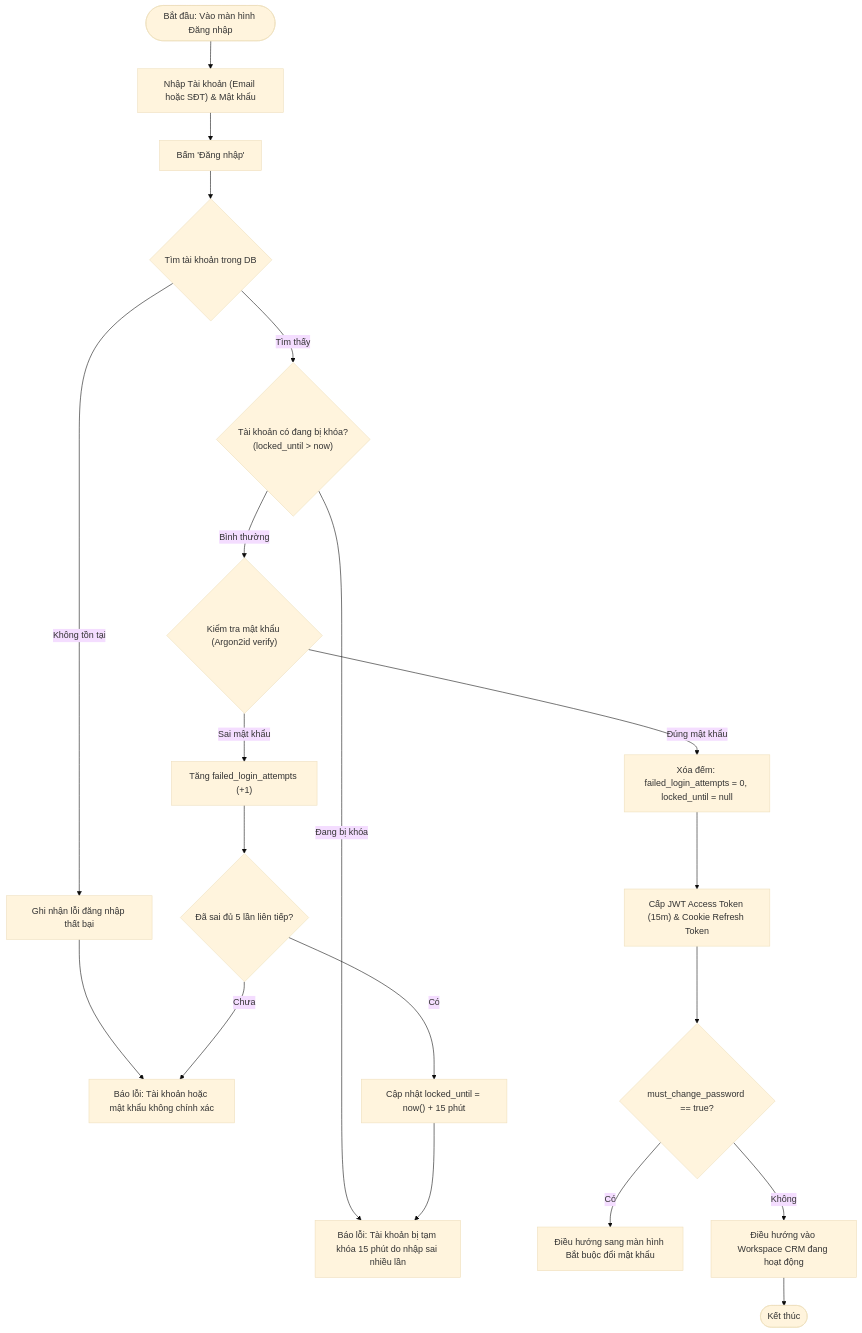
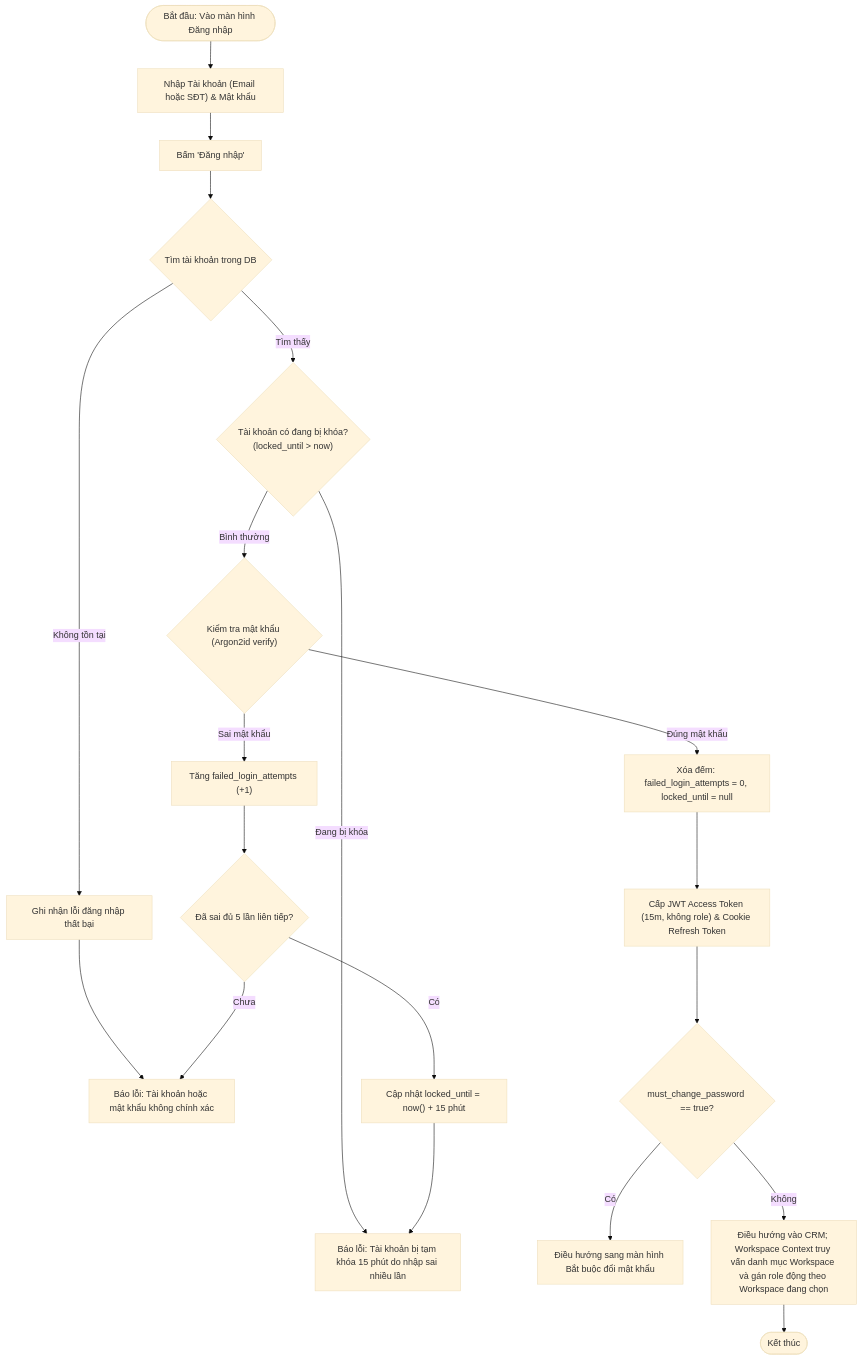
The second of 4 diagrams in docs/business-workflows/auth-workflows.md (dgwhan/CUSC-Conversational-CRM), drawn with Mermaid (base theme) before and after one commit. The commit also changed other lines of this file and 41 other files, not shown here.

Commit message:
refactor(auth): migrate staff to users schema and mail delivery for password recovery

````diff
--- a/docs/business-workflows/auth-workflows.md
+++ b/docs/business-workflows/auth-workflows.md
@@ -78,26 +81,26 @@
 ```mermaid
 flowchart TD
     Start(["Bắt đầu: Vào màn hình Đăng nhập"]) --> InputLogin["Nhập Tài khoản (Email hoặc SĐT) & Mật khẩu"]
     InputLogin --> SubmitLogin["Bấm 'Đăng nhập'"]
     SubmitLogin --> FindAccount{"Tìm tài khoản trong DB"}
     
     FindAccount -- "Không tồn tại" --> LoginFail["Ghi nhận lỗi đăng nhập thất bại"]
     LoginFail --> ShowErr["Báo lỗi: Tài khoản hoặc mật khẩu không chính xác"]
     
     FindAccount -- "Tìm thấy" --> CheckLock{"Tài khoản có đang bị khóa?<br/>(locked_until > now)"}
     CheckLock -- "Đang bị khóa" --> ShowLocked["Báo lỗi: Tài khoản bị tạm khóa 15 phút do nhập sai nhiều lần"]
     
     CheckLock -- "Bình thường" --> VerifyPass{"Kiểm tra mật khẩu (Argon2id verify)"}
     VerifyPass -- "Sai mật khẩu" --> IncFail["Tăng failed_login_attempts (+1)"]
     IncFail --> CheckMaxFail{"Đã sai đủ 5 lần liên tiếp?"}
     CheckMaxFail -- "Có" --> LockAccount["Cập nhật locked_until = now() + 15 phút"]
     LockAccount --> ShowLocked
     CheckMaxFail -- "Chưa" --> ShowErr
     
     VerifyPass -- "Đúng mật khẩu" --> ResetFailCount["Xóa đếm: failed_login_attempts = 0, locked_until = null"]
-    ResetFailCount --> GenTokens["Cấp JWT Access Token (15m) & Cookie Refresh Token"]
+    ResetFailCount --> GenTokens["Cấp JWT Access Token (15m, không role) & Cookie Refresh Token"]
     GenTokens --> CheckForcePass{"must_change_password == true?"}
     CheckForcePass -- "Có" --> RedirectChangePass["Điều hướng sang màn hình Bắt buộc đổi mật khẩu"]
-    CheckForcePass -- "Không" --> RedirectWorkspace["Điều hướng vào Workspace CRM đang hoạt động"]
+    CheckForcePass -- "Không" --> RedirectWorkspace["Điều hướng vào CRM; Workspace Context truy vấn danh mục Workspace và gán role động theo Workspace đang chọn"]
     RedirectWorkspace --> End(["Kết thúc"])
 ```
````
